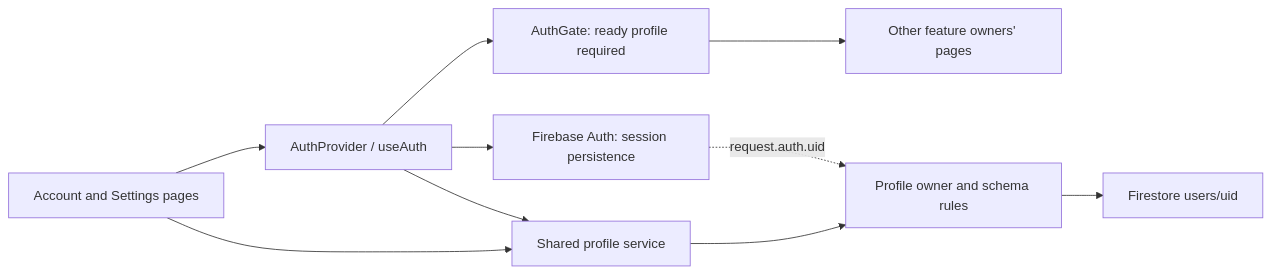
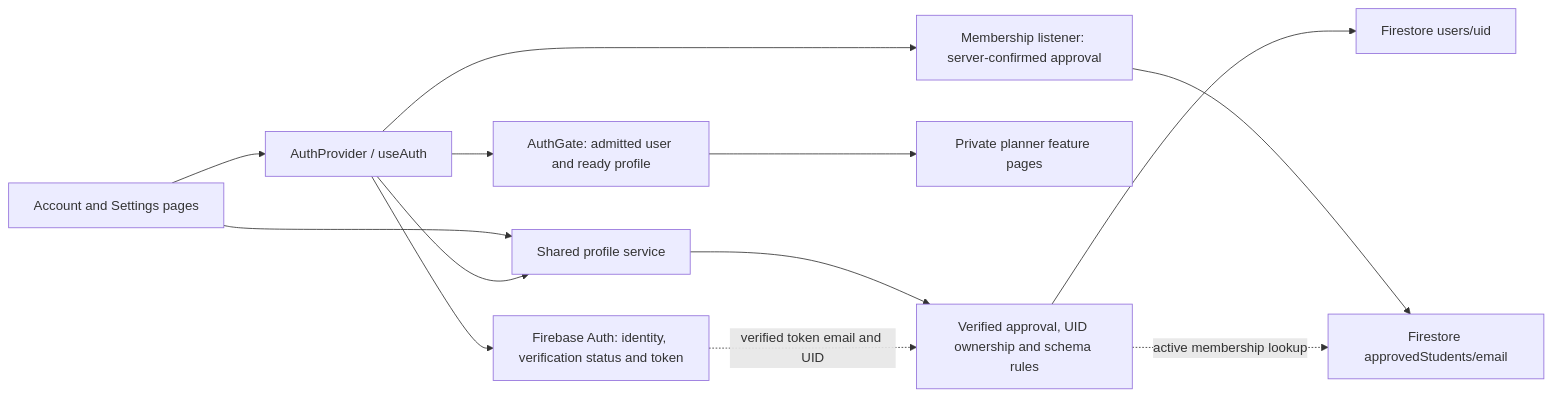
One commit to Jandre-van-Zyl/studyflow-student-planner changed the first of 3 diagrams in docs/design/Accounts_and_Profile_Design.md. Above: the diagram before and after it, drawn with Mermaid. The commit also changed other lines of this file and 2 other files, not shown here.

Commit message:
docs: reconcile account design and handoff with verified admission

````diff
--- a/docs/design/Accounts_and_Profile_Design.md
+++ b/docs/design/Accounts_and_Profile_Design.md
@@ -11,12 +13,15 @@
 ```mermaid
 flowchart LR
   UI["Account and Settings pages"] --> Session["AuthProvider / useAuth"]
-  Session --> Guard["AuthGate: ready profile required"]
-  Guard --> Features["Other feature owners' pages"]
-  Session --> Auth["Firebase Auth: session persistence"]
+  Session --> Auth["Firebase Auth: identity, verification status and token"]
+  Session --> Member["Membership listener: server-confirmed approval"]
+  Member --> List["Firestore approvedStudents/email"]
+  Session --> Guard["AuthGate: admitted user and ready profile"]
+  Guard --> Features["Private planner feature pages"]
   UI --> Service["Shared profile service"]
   Session --> Service
-  Service --> Rules["Profile owner and schema rules"]
+  Service --> Rules["Verified approval, UID ownership and schema rules"]
   Rules --> Store["Firestore users/uid"]
-  Auth -. "request.auth.uid" .-> Rules
+  Auth -. "verified token email and UID" .-> Rules
+  Rules -. "active membership lookup" .-> List
 ```
````
